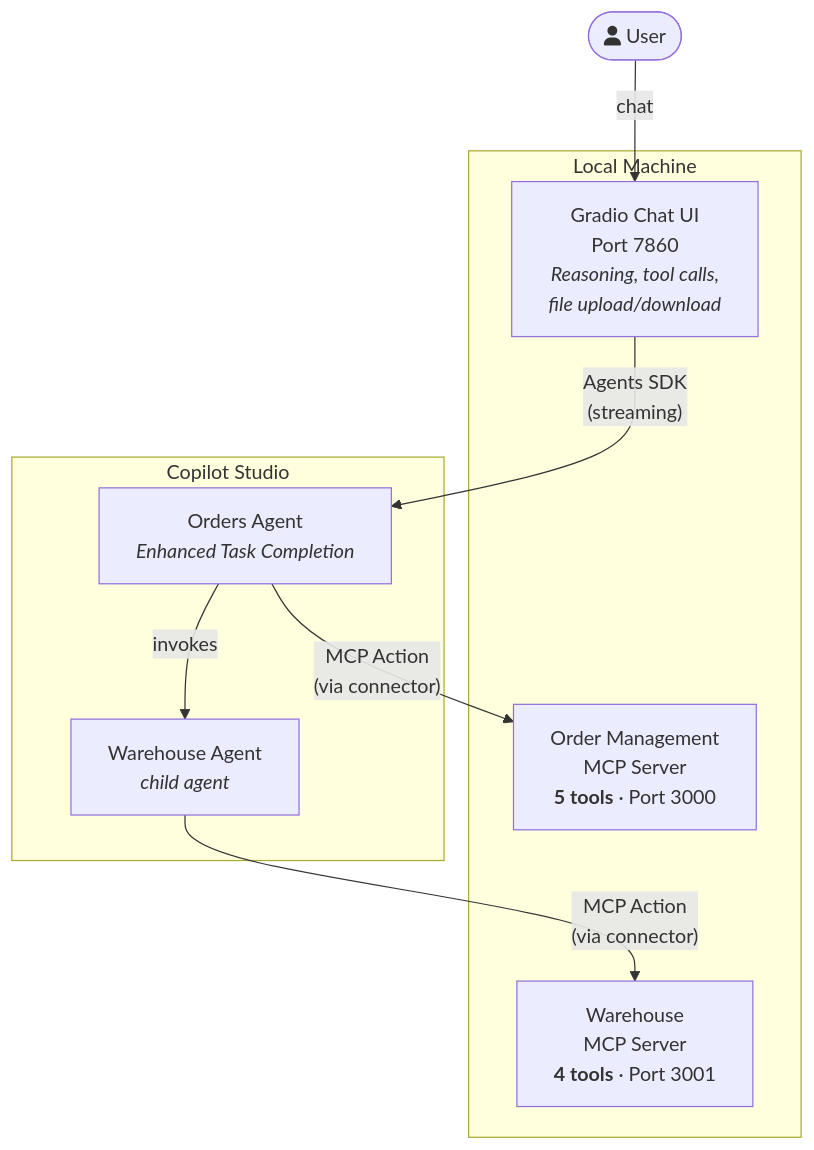
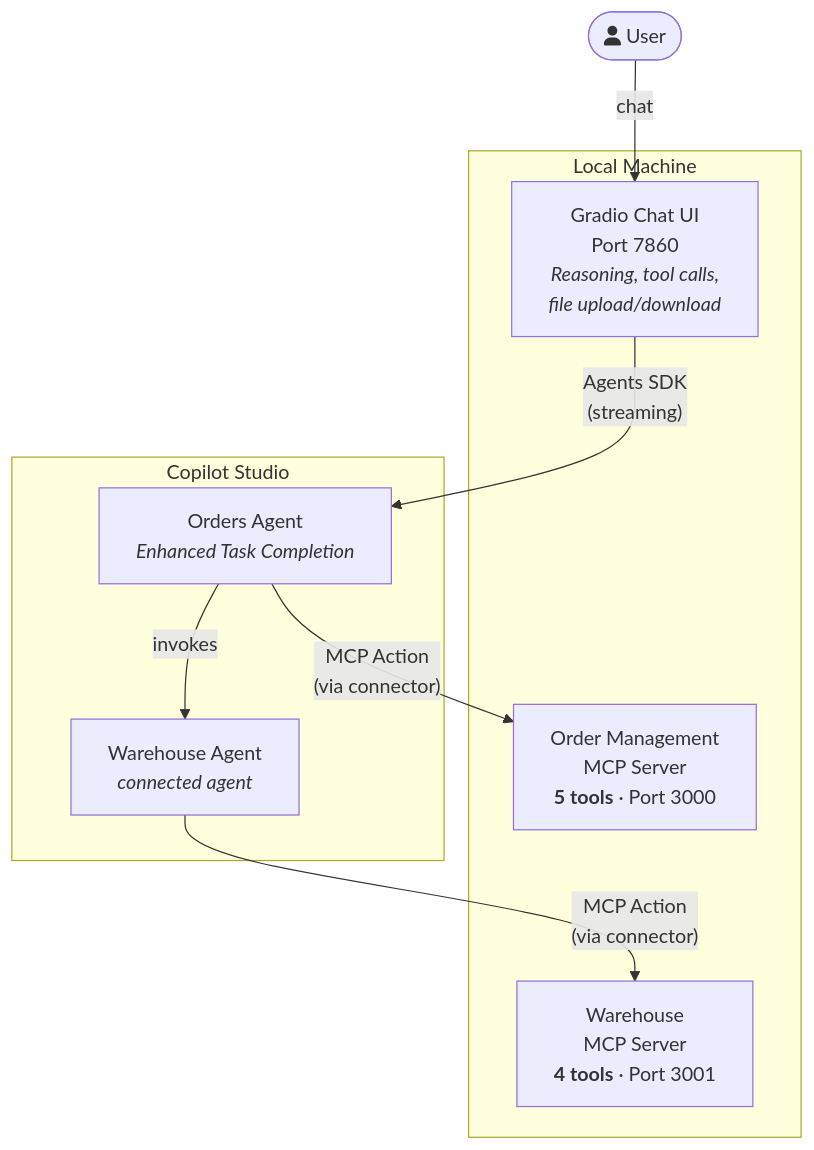
The diagram in extensibility/mcp/order-management-enhanced-tc/README.md (adilei/CopilotStudioSamples), drawn with Mermaid before and after one commit. The commit also changed other lines of this file and 1 other file, not shown here.

````diff
--- a/extensibility/mcp/order-management-enhanced-tc/README.md
+++ b/extensibility/mcp/order-management-enhanced-tc/README.md
@@ -14,20 +30,20 @@
 ```mermaid
 graph TB
     User([fa:fa-user User]) -->|chat| GradioUI
 
     subgraph Local Machine
         GradioUI["Gradio Chat UI<br/>Port 7860<br/><i>Reasoning, tool calls,<br/>file upload/download</i>"]
         OrderMCP["Order Management<br/>MCP Server<br/><b>5 tools</b> · Port 3000"]
         WarehouseMCP["Warehouse<br/>MCP Server<br/><b>4 tools</b> · Port 3001"]
     end
 
     subgraph Copilot Studio
         OrdersAgent["Orders Agent<br/><i>Enhanced Task Completion</i>"]
-        WarehouseAgent["Warehouse Agent<br/><i>child agent</i>"]
+        WarehouseAgent["Warehouse Agent<br/><i>connected agent</i>"]
         OrdersAgent -->|invokes| WarehouseAgent
     end
 
     GradioUI -->|"Agents SDK<br/>(streaming)"| OrdersAgent
     OrdersAgent -->|"MCP Action<br/>(via connector)"| OrderMCP
     WarehouseAgent -->|"MCP Action<br/>(via connector)"| WarehouseMCP
 ```
````
